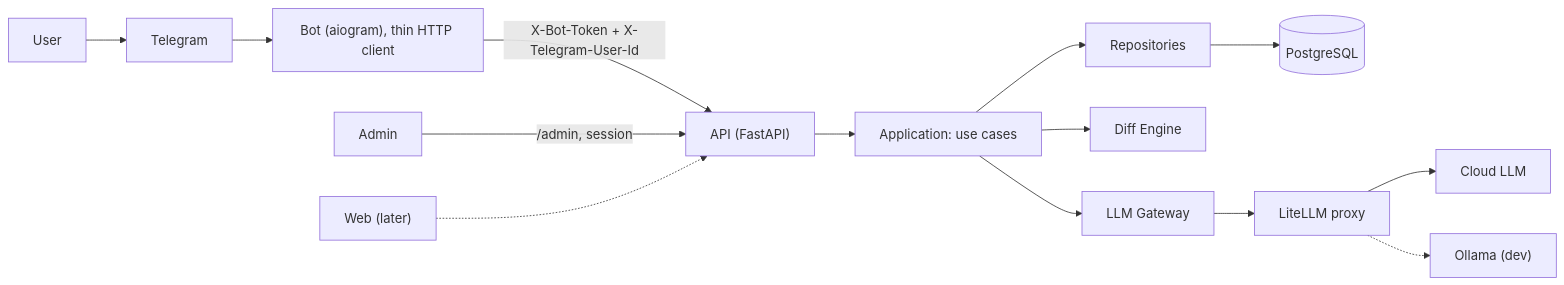
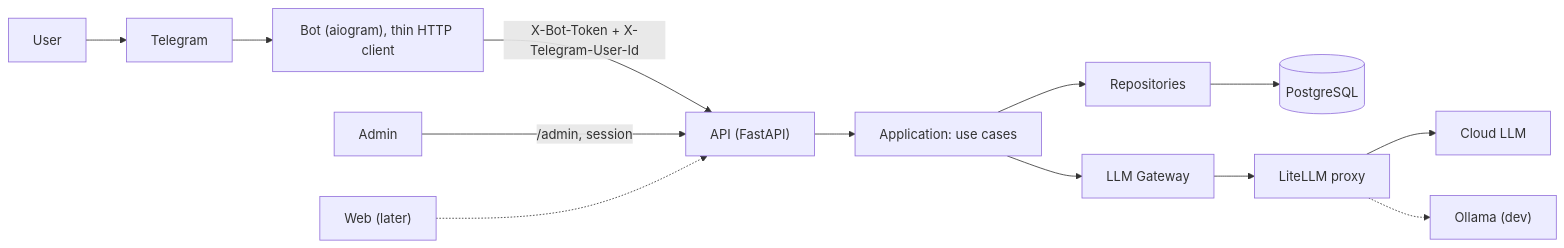
Before and after one commit to topol-3000/engleks: the first of 2 diagrams in docs/architecture.md, drawn with Mermaid. The commit also changed other lines of this file and 30 other files, not shown here.

````diff
--- a/docs/architecture.md
+++ b/docs/architecture.md
@@ -16,16 +16,15 @@
 ```mermaid
 flowchart LR
   U[User] --> TG[Telegram]
   TG --> BOT["Bot (aiogram), thin HTTP client"]
   BOT -->|X-Bot-Token + X-Telegram-User-Id| API["API (FastAPI)"]
   ADM[Admin] -->|/admin, session| API
   WEB["Web (later)"] -.-> API
   API --> APP[Application: use cases]
   APP --> LLM[LLM Gateway]
-  APP --> DIFF[Diff Engine]
   APP --> REPO[Repositories]
   REPO --> PG[(PostgreSQL)]
   LLM --> PROXY["LiteLLM proxy"]
   PROXY --> P1[Cloud LLM]
   PROXY -.-> P2["Ollama (dev)"]
 ```
````
